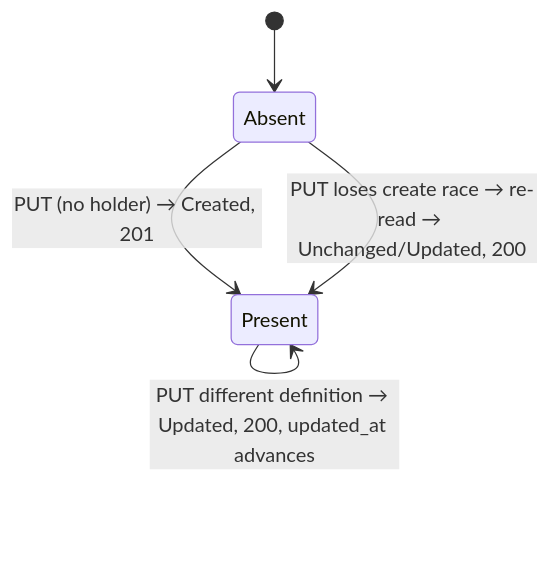
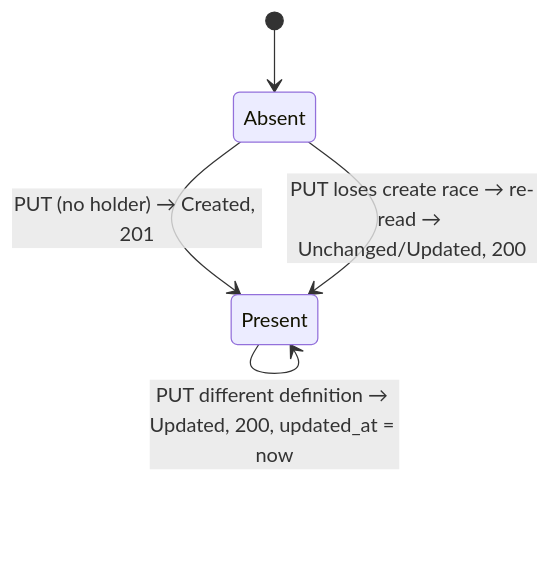
Before and after one commit to zalando-incubator/agentic-identity-broker: the diagram in specs/055-agent-external-id-upsert/data-model.md, drawn with Mermaid. The commit also changed other lines of this file and 7 other files, not shown here.

````diff
--- a/specs/055-agent-external-id-upsert/data-model.md
+++ b/specs/055-agent-external-id-upsert/data-model.md
@@ -106,8 +99,8 @@
 ```mermaid
 stateDiagram-v2
     [*] --> Absent
     Absent --> Present: PUT (no holder) → Created, 201
     Present --> Present: PUT equal definition → Unchanged, 200, no write
-    Present --> Present: PUT different definition → Updated, 200, updated_at advances
+    Present --> Present: PUT different definition → Updated, 200, updated_at = now
     Absent --> Present: PUT loses create race → re-read → Unchanged/Updated, 200
 ```
````
